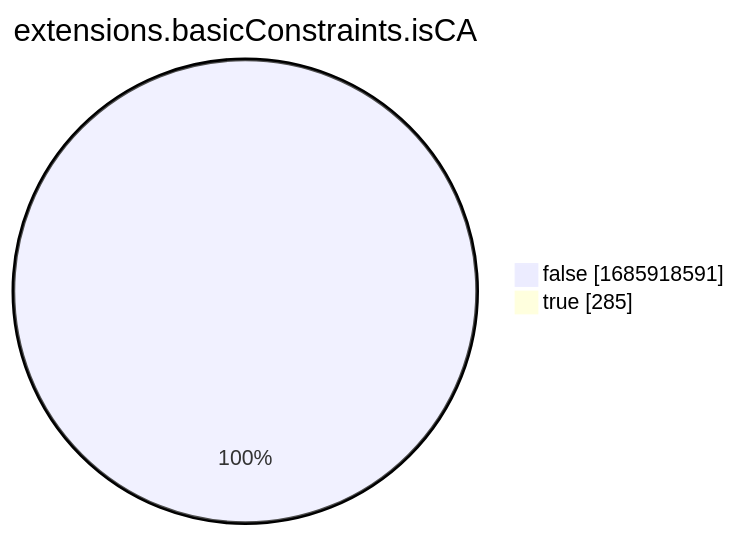
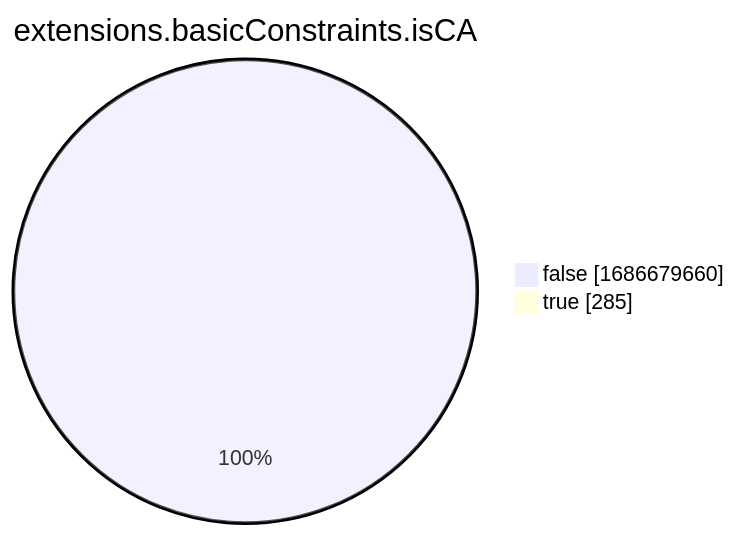
Before and after one commit to christiankrug/ctmonitor_visualization: the eighth of 15 diagrams in xenon2022/README.md, drawn with Mermaid. The commit also changed other lines of this file, not shown here.

````diff
--- a/xenon2022/README.md
+++ b/xenon2022/README.md
@@ -2865,6 +2865,6 @@
 ```mermaid
 pie showData
 title extensions.basicConstraints.isCA
-"false" :1685918591
+"false" :1686679660
 "true" :285
 ```
````
